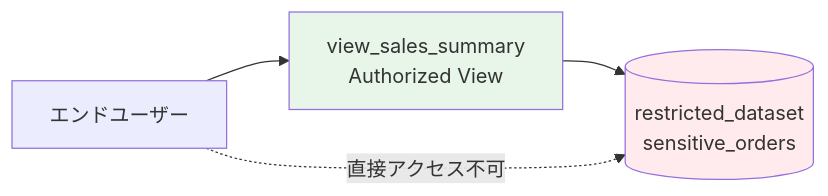
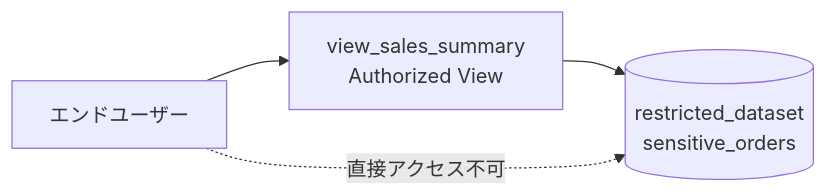
The third of 4 diagrams in content/Tech/dbt/features/bigquery-configs-complete.md (1210yuichi0/1210yuichi0.github.io), drawn with Mermaid before and after one commit. The commit also changed other lines of this file and 22 other files, not shown here.

First line of the commit message:
style: remove Mermaid style directives for dark mode compatibility

````diff
--- a/content/Tech/dbt/features/bigquery-configs-complete.md
+++ b/content/Tech/dbt/features/bigquery-configs-complete.md
@@ -1306,10 +1303,8 @@
 ```mermaid
 flowchart LR
     User[エンドユーザー] --> AuthView[view_sales_summary<br/>Authorized View]
     AuthView --> RestrictedDS[(restricted_dataset<br/>sensitive_orders)]
 
     User -.->|直接アクセス不可| RestrictedDS
 
-    style AuthView fill:#e8f5e9
-    style RestrictedDS fill:#ffebee
 ```
````
